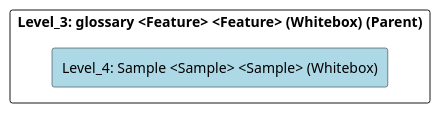
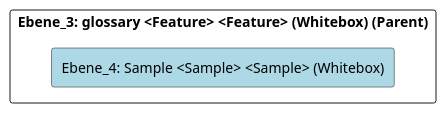
Before and after one commit to marcozwyssig/cleon: the diagram in doc/cleonproject_deliverables_architecture_model_architecture/adoc/de/05_bausteinsicht/cleon/common/glossary/sample/ebene_4_sample.adoc, drawn with PlantUML. The commit also changed other lines of this file and 214 other files, not shown here.

```diff
--- a/doc/cleonproject_deliverables_architecture_model_architecture/adoc/de/05_bausteinsicht/cleon/common/glossary/sample/ebene_4_sample.adoc
+++ b/doc/cleonproject_deliverables_architecture_model_architecture/adoc/de/05_bausteinsicht/cleon/common/glossary/sample/ebene_4_sample.adoc
@@ -20,24 +20,24 @@
-[plantuml, Level_4: Sample <Sample> <Sample> (Whitebox)BlockOverview, format="svg"]
+[plantuml, Ebene_4: Sample <Sample> <Sample> (Whitebox)BlockOverview, format="svg"]
 ----
-@startuml Level_4: Sample <Sample> <Sample> (Whitebox)BuildingBlockOverview
+@startuml Ebene_4: Sample <Sample> <Sample> (Whitebox)BuildingBlockOverview
 
 skinparam ranksep 10
 skinparam componentStyle rectangle
 skinparam shadowing false
 skinparam arrowColor lightblue
 skinparam arrowThickness 1.2
 skinparam rectangle {
   BackgroundColor White
   BorderColor #333
   RoundCorner 10
 }
 top to bottom direction
 
-component "Level_3: glossary <Feature> <Feature> (Whitebox) (Parent)" {
-    component "Level_4: Sample <Sample> <Sample> (Whitebox)" #lightblue {
+component "Ebene_3: glossary <Feature> <Feature> (Whitebox) (Parent)" {
+    component "Ebene_4: Sample <Sample> <Sample> (Whitebox)" #lightblue {
     }
 
 }
 
 @enduml
 ----
```
